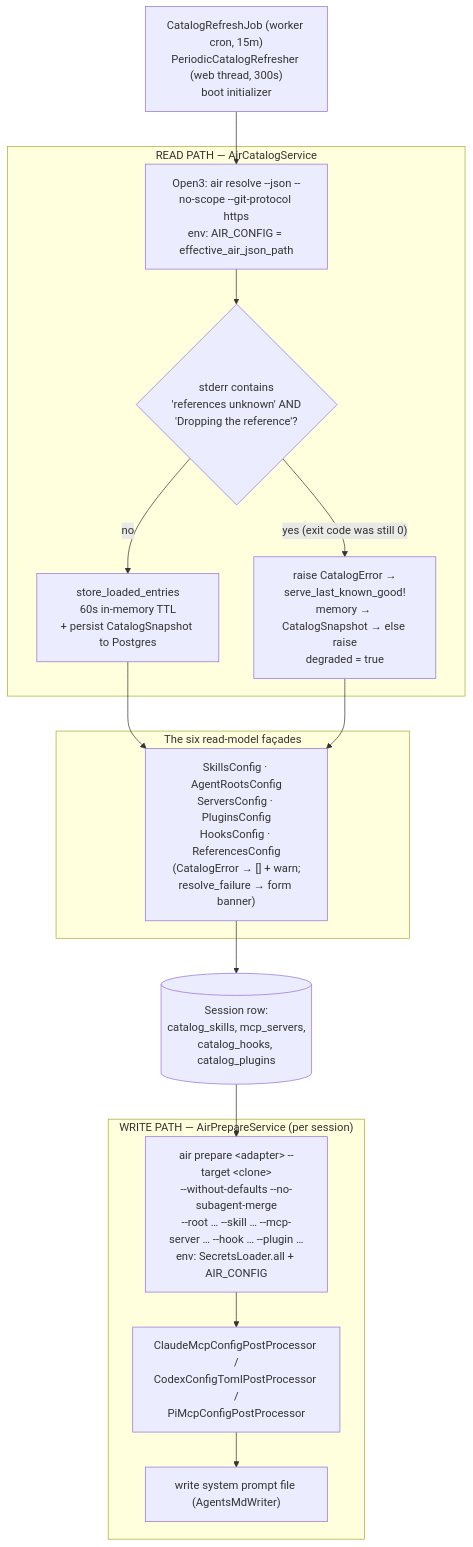
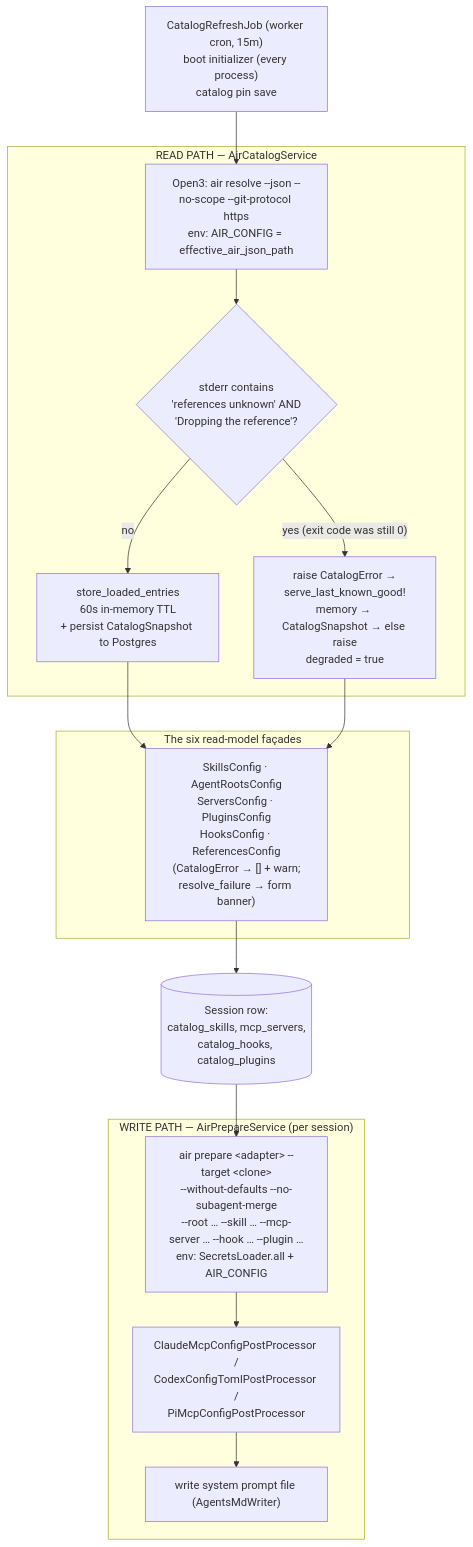
Before and after one commit to tadasant/zimmer: the diagram in docs/src/content/docs/air/zimmer-integration.md, drawn with Mermaid. The commit also changed other lines of this file and 19 other files, not shown here.

First line of the commit message:
refactor(catalog): serve the catalog snapshot everywhere; delete the Puma refresh thread (#98)

````diff
--- a/docs/src/content/docs/air/zimmer-integration.md
+++ b/docs/src/content/docs/air/zimmer-integration.md
@@ -11,29 +11,29 @@
 ```mermaid
 flowchart TB
     subgraph read["READ PATH — AirCatalogService"]
         R1["Open3: air resolve --json --no-scope --git-protocol https<br/>env: AIR_CONFIG = effective_air_json_path"]
         R2{"stderr contains<br/>'references unknown' AND<br/>'Dropping the reference'?"}
         R3["store_loaded_entries<br/>60s in-memory TTL<br/>+ persist CatalogSnapshot to Postgres"]
         R4["raise CatalogError →<br/>serve_last_known_good!<br/>memory → CatalogSnapshot → else raise<br/>degraded = true"]
         R1 --> R2
         R2 -->|no| R3
         R2 -->|"yes (exit code was still 0)"| R4
     end
 
     subgraph facades["The six read-model façades"]
         F["SkillsConfig · AgentRootsConfig<br/>ServersConfig · PluginsConfig<br/>HooksConfig · ReferencesConfig<br/>(CatalogError → [] + warn;<br/>resolve_failure → form banner)"]
     end
 
     subgraph write["WRITE PATH — AirPrepareService (per session)"]
         W["air prepare &lt;adapter&gt; --target &lt;clone&gt;<br/>--without-defaults --no-subagent-merge<br/>--root … --skill … --mcp-server … --hook … --plugin …<br/>env: SecretsLoader.all + AIR_CONFIG"]
         W2["ClaudeMcpConfigPostProcessor /<br/>CodexConfigTomlPostProcessor /<br/>PiMcpConfigPostProcessor"]
         W3["write system prompt file (AgentsMdWriter)"]
         W --> W2 --> W3
     end
 
-    REFRESH["CatalogRefreshJob (worker cron, 15m)<br/>PeriodicCatalogRefresher (web thread, 300s)<br/>boot initializer"] --> R1
+    REFRESH["CatalogRefreshJob (worker cron, 15m)<br/>boot initializer (every process)<br/>catalog pin save"] --> R1
     R3 --> F
     R4 --> F
     F --> DB[("Session row:<br/>catalog_skills, mcp_servers,<br/>catalog_hooks, catalog_plugins")]
     DB --> W
 ```
````
